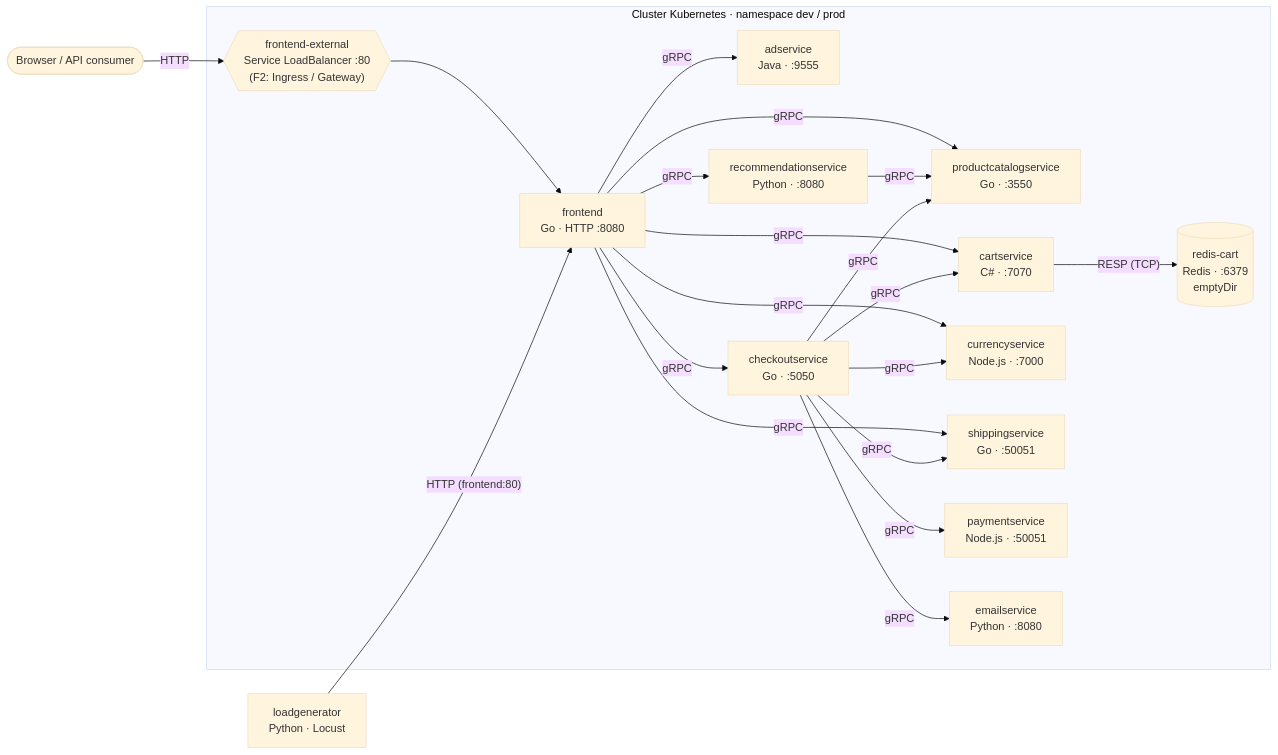
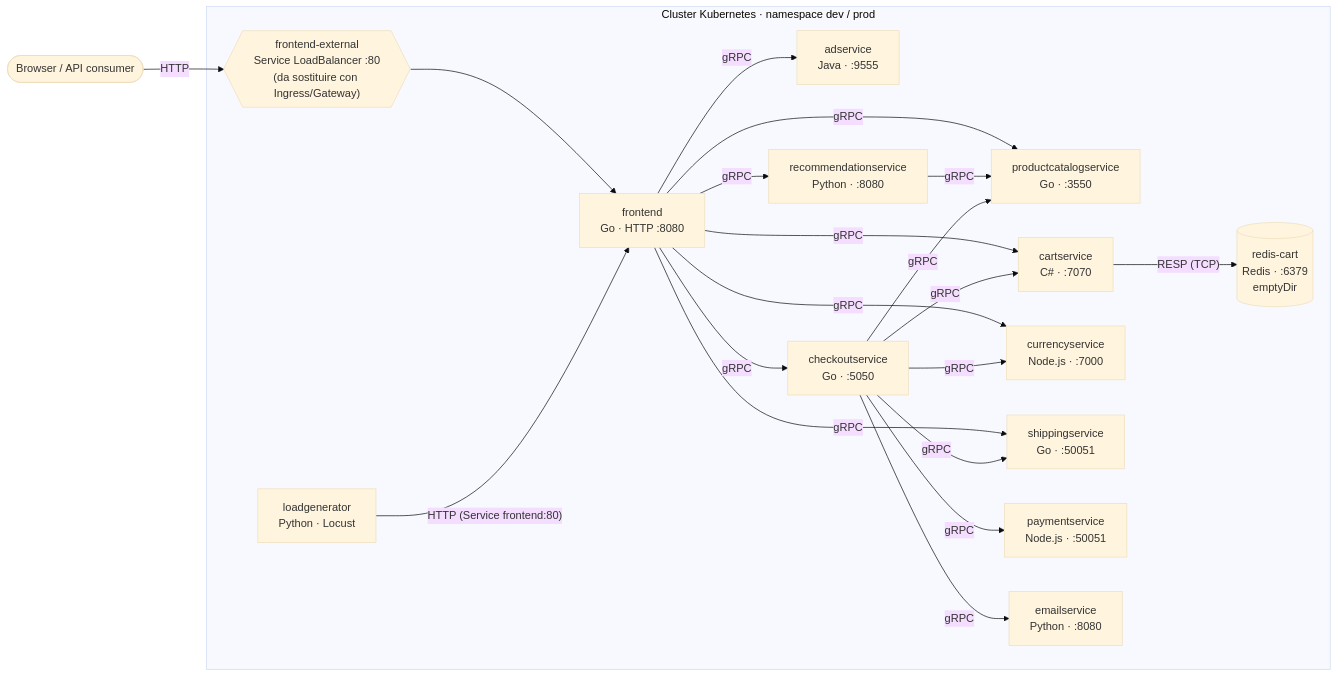
One commit to gverro/microservices-demo changed the diagram in docs/ARCHITECTURE.md. Above: the diagram before and after it, drawn with Mermaid (base theme). The commit also changed other lines of this file and 3 other files, not shown here.

````diff
--- a/docs/ARCHITECTURE.md
+++ b/docs/ARCHITECTURE.md
@@ -9,38 +14,38 @@
 ```mermaid
 flowchart LR
     user([Browser / API consumer])
-    lg[loadgenerator<br/>Python · Locust]
 
     subgraph cluster["Cluster Kubernetes · namespace dev / prod"]
-        ext{{"frontend-external<br/>Service LoadBalancer :80<br/>(F2: Ingress / Gateway)"}}
+        ext{{"frontend-external<br/>Service LoadBalancer :80<br/>(da sostituire con Ingress/Gateway)"}}
+        lg[loadgenerator<br/>Python · Locust]
         fe[frontend<br/>Go · HTTP :8080]
         ad[adservice<br/>Java · :9555]
         rec[recommendationservice<br/>Python · :8080]
         pc[productcatalogservice<br/>Go · :3550]
         cart[cartservice<br/>C# · :7070]
         cur[currencyservice<br/>Node.js · :7000]
         ship[shippingservice<br/>Go · :50051]
         co[checkoutservice<br/>Go · :5050]
         pay[paymentservice<br/>Node.js · :50051]
         email[emailservice<br/>Python · :8080]
         redis[(redis-cart<br/>Redis · :6379<br/>emptyDir)]
     end
 
     user -- HTTP --> ext --> fe
-    lg -- "HTTP (frontend:80)" --> fe
+    lg -- "HTTP (Service frontend:80)" --> fe
     fe -- gRPC --> ad
     fe -- gRPC --> rec
     fe -- gRPC --> pc
     fe -- gRPC --> cart
     fe -- gRPC --> cur
     fe -- gRPC --> ship
     fe -- gRPC --> co
     rec -- gRPC --> pc
     co -- gRPC --> pc
     co -- gRPC --> cart
     co -- gRPC --> cur
     co -- gRPC --> ship
     co -- gRPC --> pay
     co -- gRPC --> email
     cart -- "RESP (TCP)" --> redis
 ```
````
